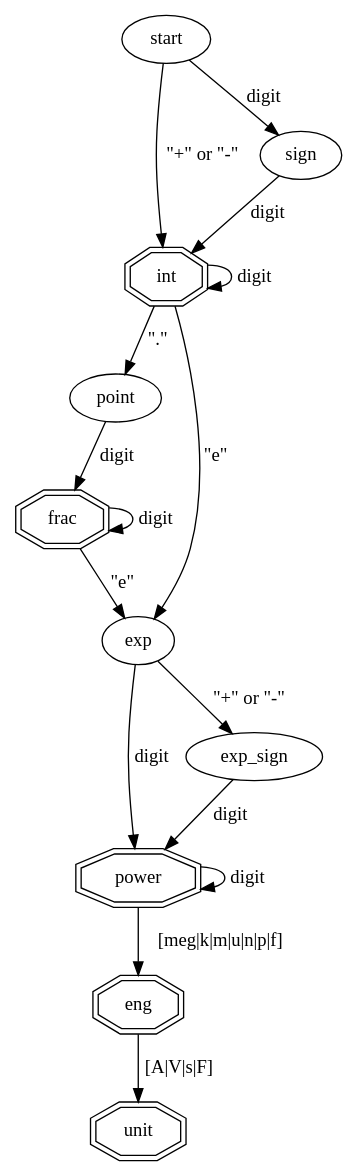
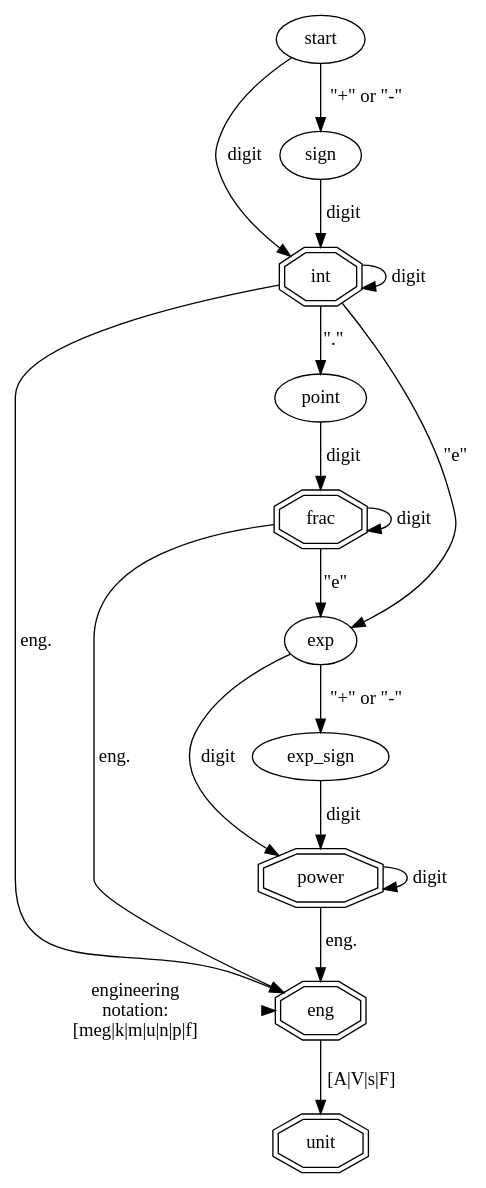
Before and after one commit to Harnesser/tiny-spice-rs: the diagram in doc/value.dot, drawn with Graphviz. The commit also changed 3 other files, not shown here.

Commit message:
doc - Graphviz of value reader FSM

```diff
--- a/doc/value.dot
+++ b/doc/value.dot
@@ -1,29 +1,36 @@
 
 digraph "value" {
 
 node [shape = doubleoctagon]; int frac power eng unit;
 node [shape = ellipse];
 
-start -> sign [label = "digit"];
-start -> int [label = "\"+\" or \"-\""];
+eng_bits [label = "engineering\nnotation:\n[meg|k|m|u|n|p|f]", shape = none];
+{rank = same; eng_bits -> eng [style=invisible];}
 
-sign -> int [label = "digit"];
+start -> int [label = "digit"];
+start -> sign [label = "\"+\" or \"-\"", weight=10];
+
+sign -> int [label = "digit", weight=10];
 
 int -> int [label = "digit"];
-int -> point [label = "\".\""];
-point -> frac [label = "digit"];
+int -> point [label = "\".\"", weight=10];
+int -> eng [label = "eng."];
+
+point -> frac [label = "digit", weight=10];
 frac -> frac [label = "digit"];
 
 int -> exp [label = "\"e\""];
-frac -> exp [label = "\"e\""];
+frac -> exp [label = "\"e\"", weight=10];
+frac -> eng [label = "eng."];
 
 exp -> power [label = "digit"];
-exp -> exp_sign [label = "\"+\" or \"-\""];
-exp_sign -> power [label = "digit"];
+exp -> exp_sign [label = "\"+\" or \"-\"", weight=10];
+exp_sign -> power [label = "digit", weight=10];
 
 power -> power [label = "digit"];
 
-power -> eng [label = "[meg|k|m|u|n|p|f]"];
+power -> eng [label = "eng.", weight=10];
 
-eng -> unit [label = "[A|V|s|F]"];
+eng -> unit [label = "[A|V|s|F]", weight=10];
+
 }
```
